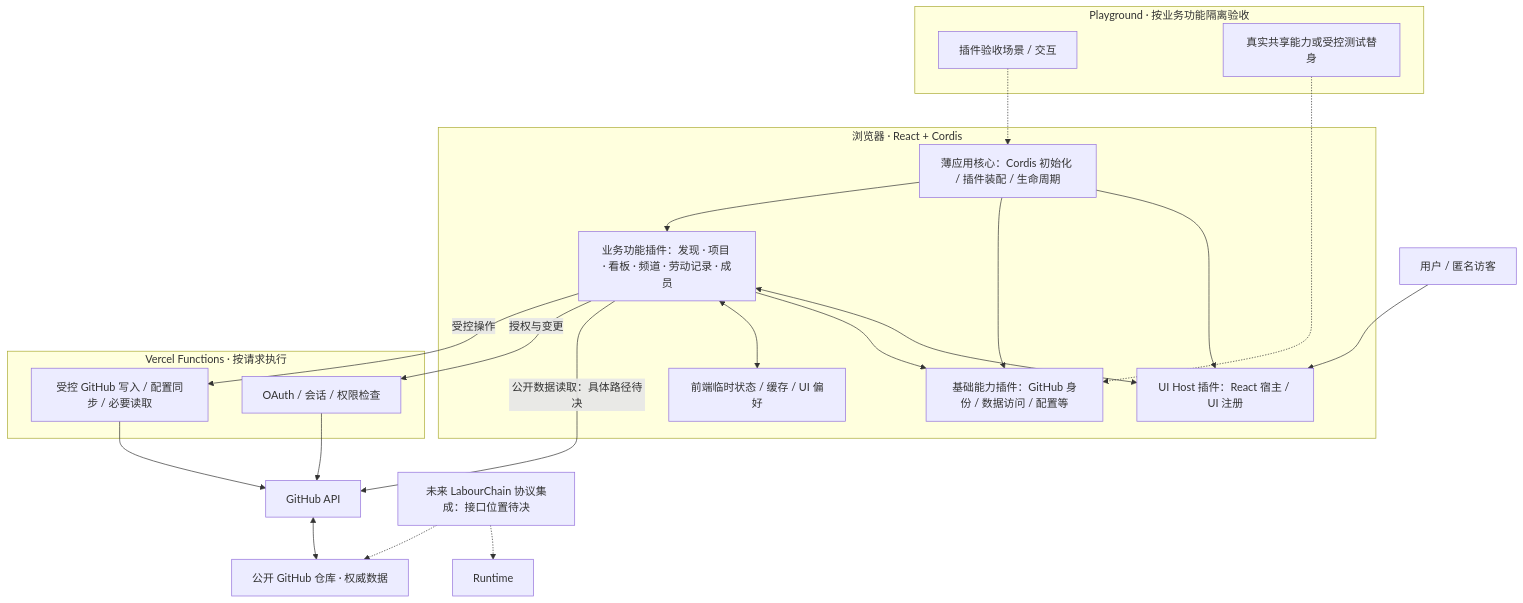
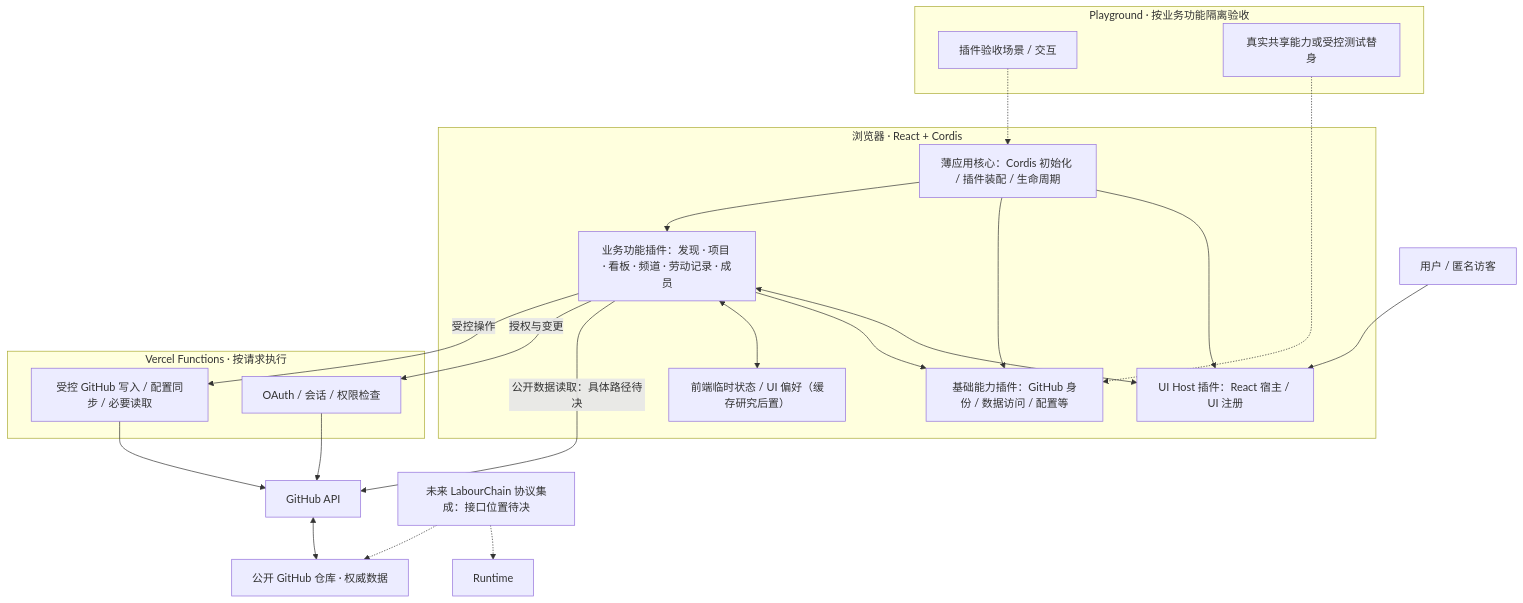
One commit to Ri0n72Y/hackathon-platform changed the diagram in docs/architecture.md. Above: the diagram before and after it, drawn with Mermaid. The commit also changed other lines of this file, not shown here.

````diff
--- a/docs/architecture.md
+++ b/docs/architecture.md
@@ -32,35 +34,35 @@
 ```mermaid
 flowchart TB
   User["用户 / 匿名访客"] --> UI
   subgraph Browser["浏览器 · React + Cordis"]
     Core["薄应用核心：Cordis 初始化 / 插件装配 / 生命周期"]
     UI["UI Host 插件：React 宿主 / UI 注册"]
     Shared["基础能力插件：GitHub 身份 / 数据访问 / 配置等"]
     Features["业务功能插件：发现 · 项目 · 看板 · 频道 · 劳动记录 · 成员"]
-    State["前端临时状态 / 缓存 / UI 偏好"]
+    State["前端临时状态 / UI 偏好（缓存研究后置）"]
     Core --> UI
     Core --> Shared
     Core --> Features
     Features <--> UI
     Features --> Shared
     Features <--> State
   end
   subgraph PG["Playground · 按业务功能隔离验收"]
     Cases["插件验收场景 / 交互"]
     Supports["真实共享能力或受控测试替身"]
   end
   Cases -.-> Core
   Supports -.-> Shared
   subgraph Server["Vercel Functions · 按请求执行"]
     Auth["OAuth / 会话 / 权限检查"]
     Ops["受控 GitHub 写入 / 配置同步 / 必要读取"]
   end
   Features -->|"公开数据读取：具体路径待决"| GH["GitHub API"]
   Features -->|"授权与变更"| Auth
   Features -->|"受控操作"| Ops
   Auth --> GH
   Ops --> GH
   GH <--> Repos["公开 GitHub 仓库 · 权威数据"]
   Future["未来 LabourChain 协议集成：接口位置待决"] -.-> Runtime
   Future -.-> Repos
 ```
````
